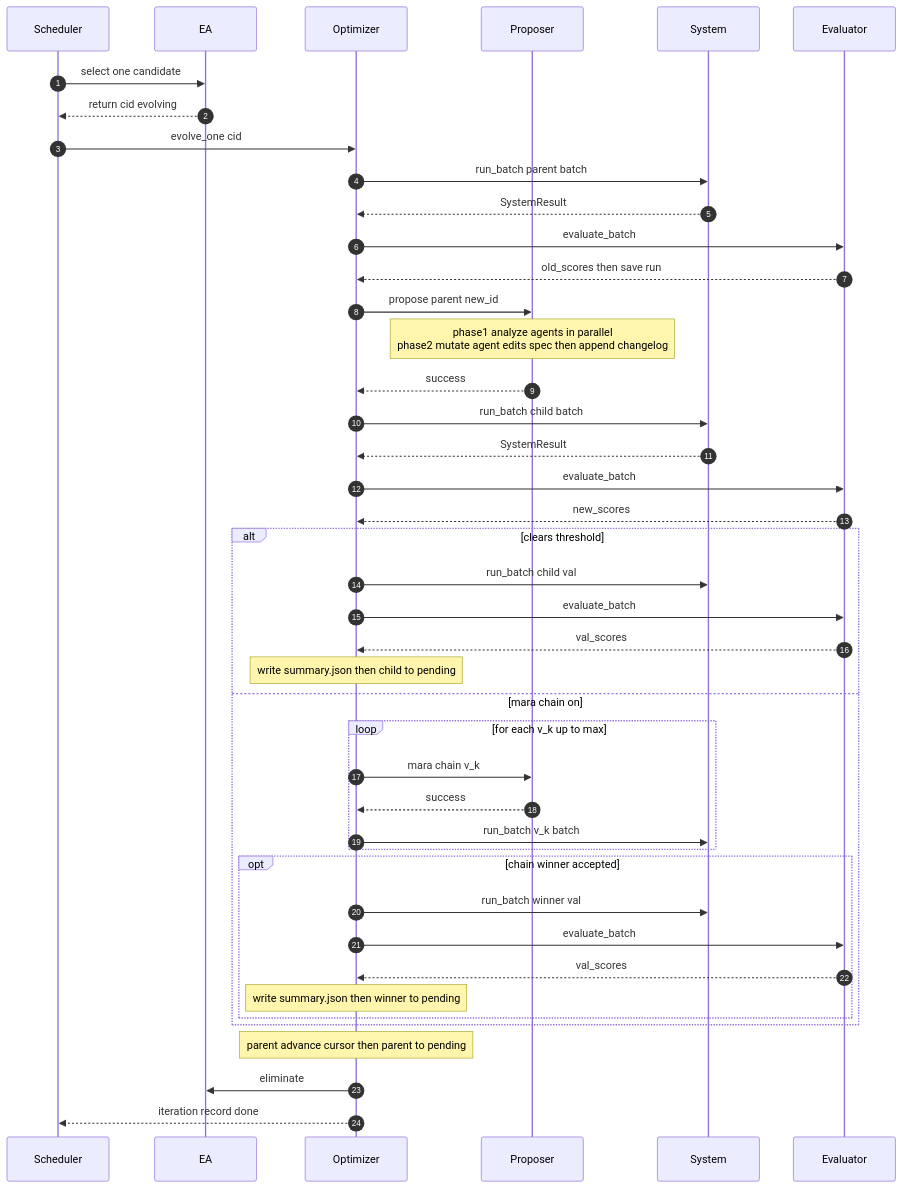
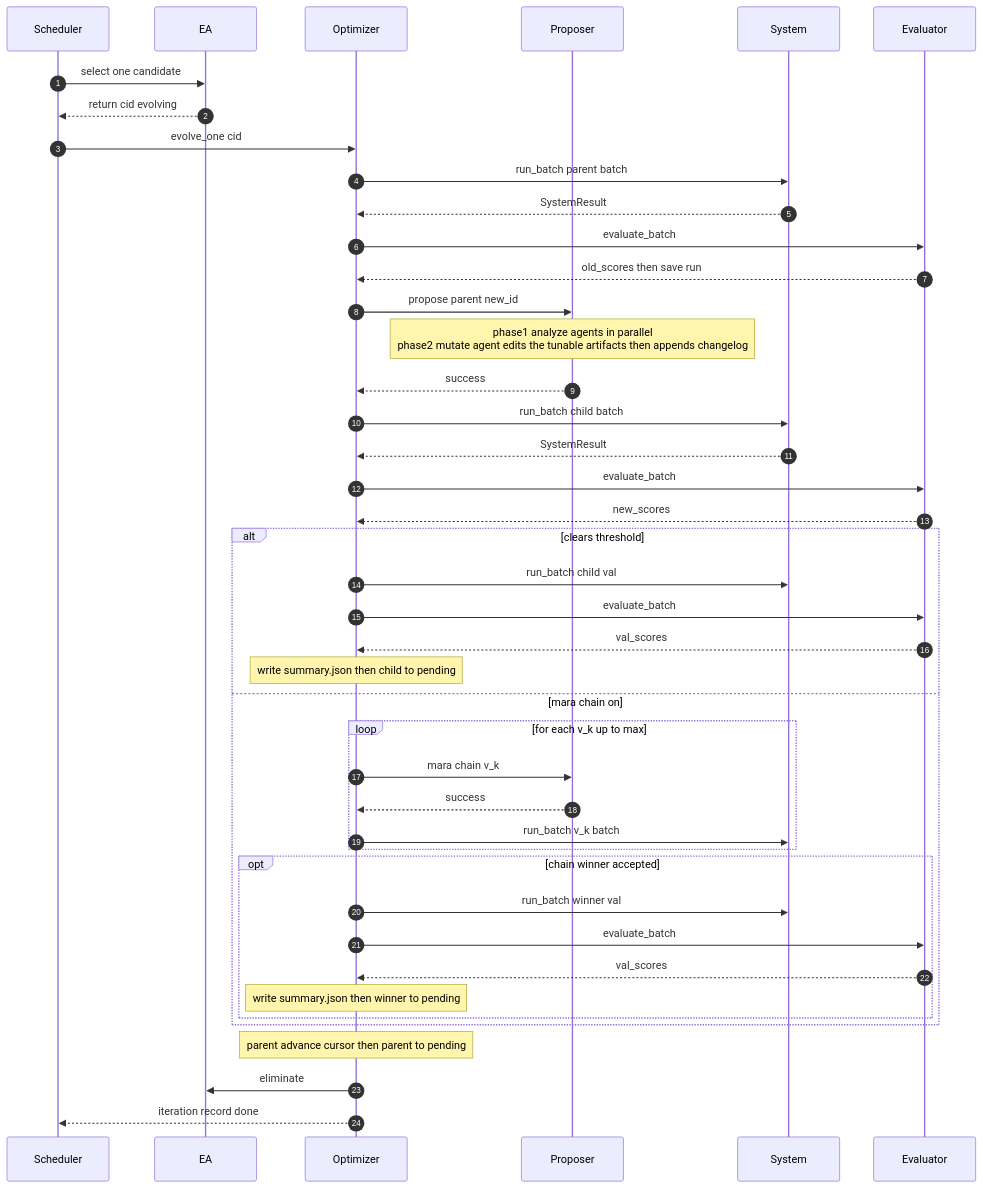
The second of 2 diagrams in docs/system-design.md (ant-research/AntOmniEvo), drawn with Mermaid before and after one commit. The commit also changed other lines of this file and 87 other files, not shown here.

Commit message:
Rename: editable spec -> tunable artifacts

````diff
--- a/docs/system-design.md
+++ b/docs/system-design.md
@@ -72,51 +72,51 @@
 ```mermaid
 sequenceDiagram
     autonumber
     participant S as Scheduler
     participant EA as EA
     participant Slot as Optimizer
     participant P as Proposer
     participant Sys as System
     participant Eval as Evaluator
 
     S->>EA: select one candidate
     EA-->>S: return cid evolving
     S->>Slot: evolve_one cid
 
     Slot->>Sys: run_batch parent batch
     Sys-->>Slot: SystemResult
     Slot->>Eval: evaluate_batch
     Eval-->>Slot: old_scores then save run
 
     Slot->>P: propose parent new_id
-    Note over P: phase1 analyze agents in parallel<br/>phase2 mutate agent edits spec then append changelog
+    Note over P: phase1 analyze agents in parallel<br/>phase2 mutate agent edits the tunable artifacts then appends changelog
     P-->>Slot: success
 
     Slot->>Sys: run_batch child batch
     Sys-->>Slot: SystemResult
     Slot->>Eval: evaluate_batch
     Eval-->>Slot: new_scores
 
     alt clears threshold
         Slot->>Sys: run_batch child val
         Slot->>Eval: evaluate_batch
         Eval-->>Slot: val_scores
         Note over Slot: write summary.json then child to pending
     else mara chain on
         loop for each v_k up to max
             Slot->>P: mara chain v_k
             P-->>Slot: success
             Slot->>Sys: run_batch v_k batch
         end
         opt chain winner accepted
             Slot->>Sys: run_batch winner val
             Slot->>Eval: evaluate_batch
             Eval-->>Slot: val_scores
             Note over Slot: write summary.json then winner to pending
         end
     end
 
     Note over Slot: parent advance cursor then parent to pending
     Slot->>EA: eliminate
     Slot-->>S: iteration record done
 ```
````
